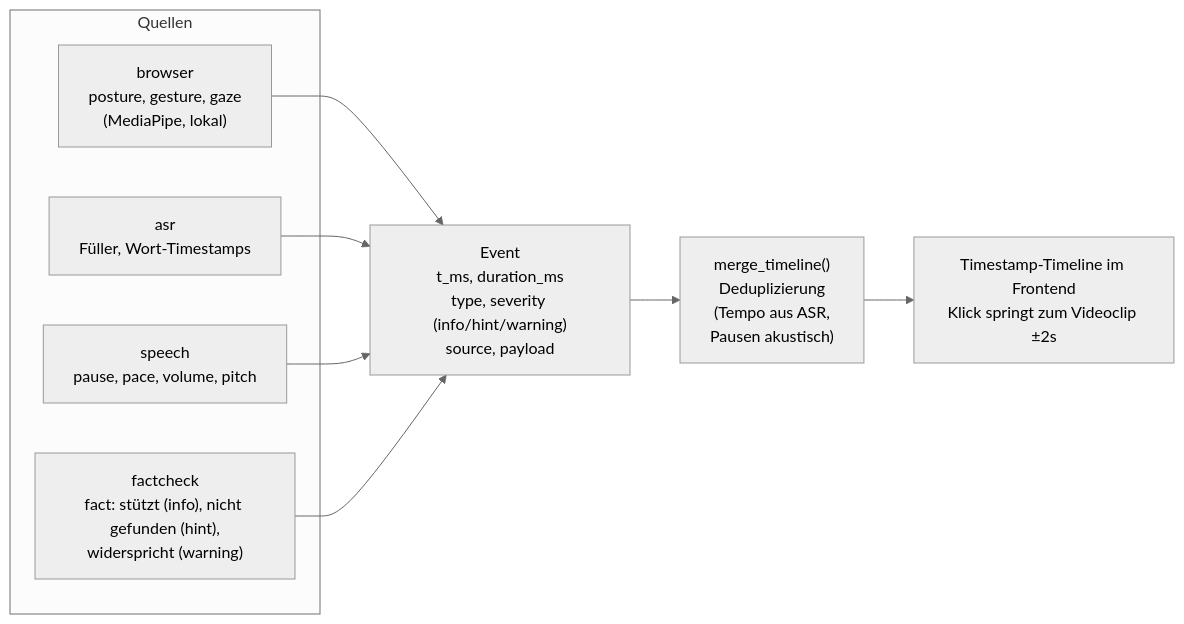
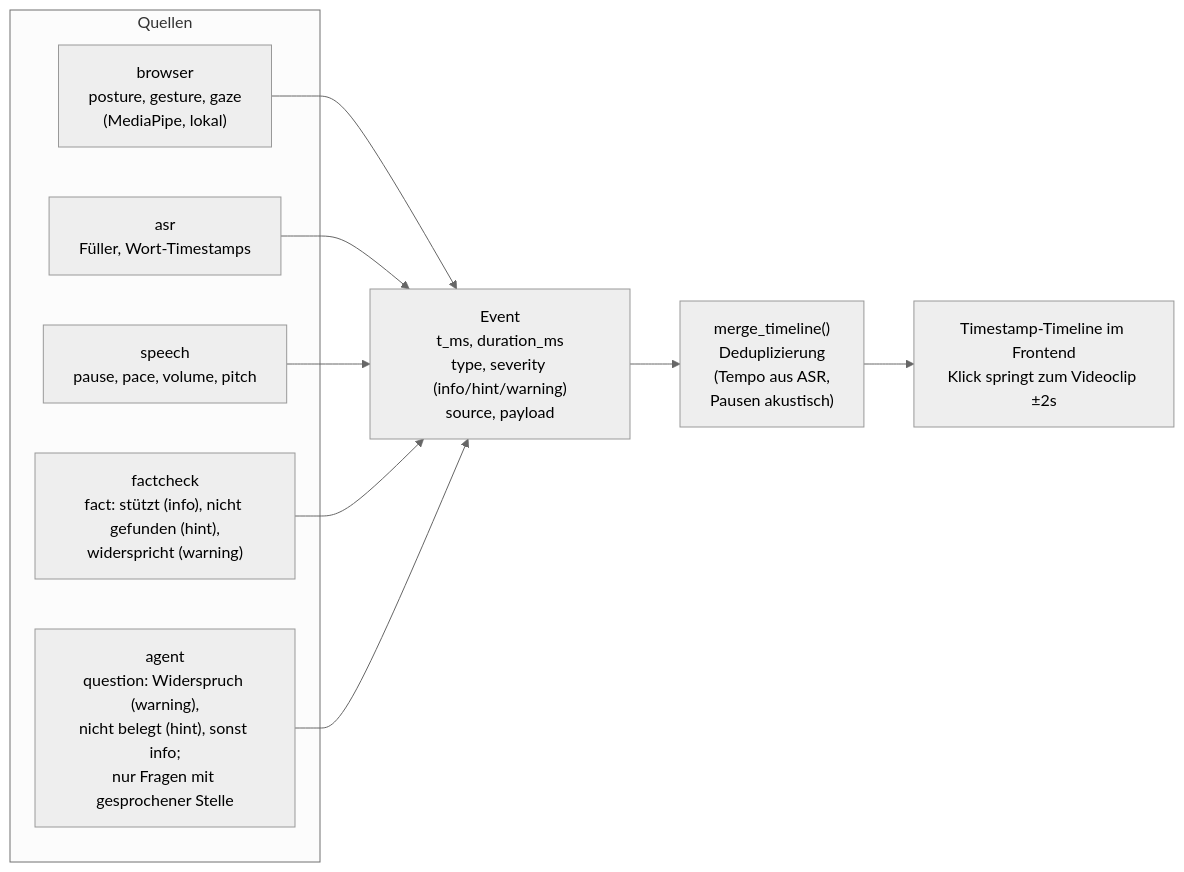
Before and after one commit to johannes3502/hackathon-fulda: the tenth of 11 diagrams in docs/03-architecture.md, drawn with Mermaid (neutral theme). The commit also changed other lines of this file and 23 other files, not shown here.

````diff
--- a/docs/03-architecture.md
+++ b/docs/03-architecture.md
@@ -319,19 +363,21 @@
 ```mermaid
 flowchart LR
     subgraph Quellen
         B["browser<br/>posture, gesture, gaze<br/>(MediaPipe, lokal)"]
         A["asr<br/>Füller, Wort-Timestamps"]
         S["speech<br/>pause, pace, volume, pitch"]
         F["factcheck<br/>fact: stützt (info), nicht gefunden (hint),<br/>widerspricht (warning)"]
+        G["agent<br/>question: Widerspruch (warning),<br/>nicht belegt (hint), sonst info;<br/>nur Fragen mit gesprochener Stelle"]
     end
 
     EV["Event<br/>t_ms, duration_ms<br/>type, severity (info/hint/warning)<br/>source, payload"]
 
     B --> EV
     A --> EV
     S --> EV
     F --> EV
+    G --> EV
 
     EV --> MT["merge_timeline()<br/>Deduplizierung<br/>(Tempo aus ASR,<br/>Pausen akustisch)"]
     MT --> UI["Timestamp-Timeline im Frontend<br/>Klick springt zum Videoclip ±2s"]
 ```
````
